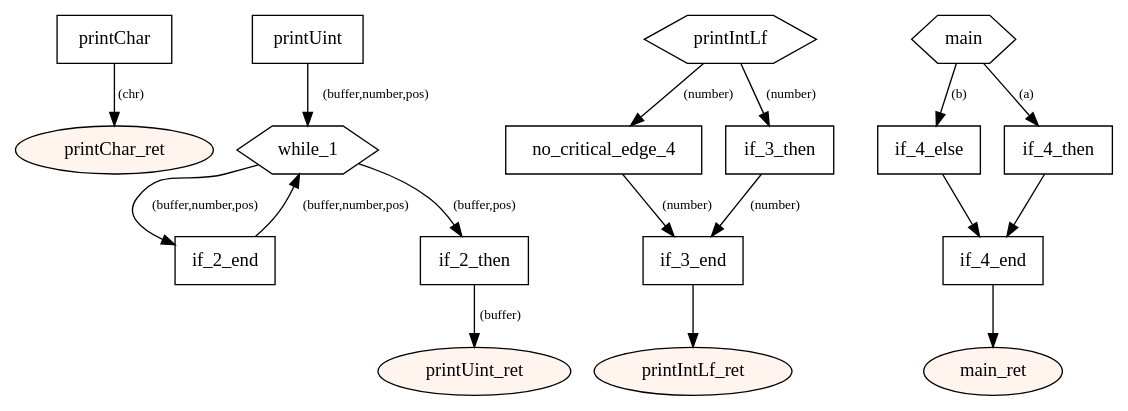
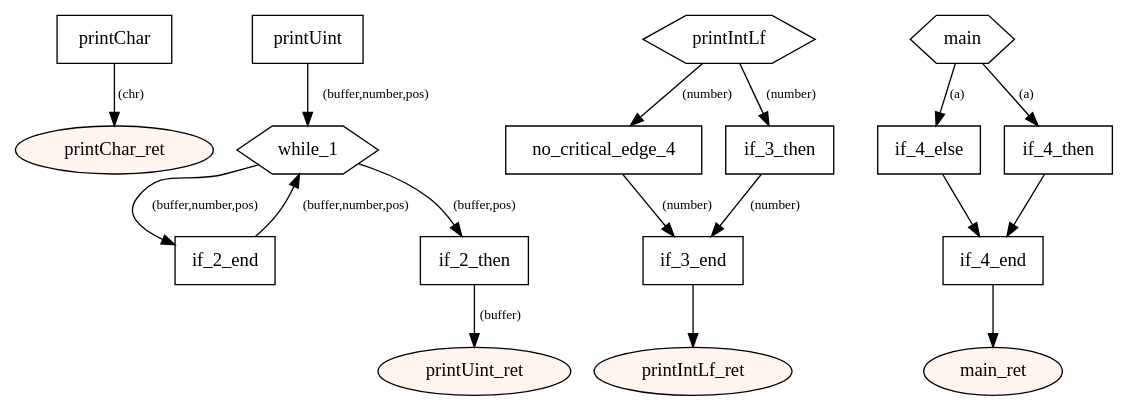
One commit to tmssngr/tinyC changed the diagram in src/main/resources-test/ifelse.dot. Above: the diagram before and after it, drawn with Graphviz. The commit also changed 8 other files, not shown here.

```diff
--- a/src/main/resources-test/ifelse.dot
+++ b/src/main/resources-test/ifelse.dot
@@ -1,44 +1,44 @@
 digraph program {
 	edge[fontsize="10pt"];
 	subgraph fn_printChar {
 		BasicBlock_0_printChar [label="printChar",shape=box];
 		BasicBlock_0_printChar -> BasicBlock_0_printChar_ret [label="(chr)"];
 		BasicBlock_0_printChar_ret [label="printChar_ret",shape=oval,style=filled,fillcolor="#fff5ee"];
 	}
 	subgraph fn_printUint {
 		BasicBlock_1_printUint [label="printUint",shape=box];
 		BasicBlock_1_printUint -> BasicBlock_1_while_1 [label="(buffer,number,pos)"];
 		BasicBlock_1_if_2_end [label="if_2_end",shape=box];
 		BasicBlock_1_if_2_end -> BasicBlock_1_while_1 [label="(buffer,number,pos)"];
 		BasicBlock_1_while_1 [label="while_1",shape=hexagon];
 		BasicBlock_1_while_1 -> BasicBlock_1_if_2_end [label="(buffer,number,pos)"];
 		BasicBlock_1_while_1 -> BasicBlock_1_if_2_then [label="(buffer,pos)"];
 		BasicBlock_1_if_2_then [label="if_2_then",shape=box];
 		BasicBlock_1_if_2_then -> BasicBlock_1_printUint_ret [label="(buffer)"];
 		BasicBlock_1_printUint_ret [label="printUint_ret",shape=oval,style=filled,fillcolor="#fff5ee"];
 	}
 	subgraph fn_printIntLf {
 		BasicBlock_2_printIntLf [label="printIntLf",shape=hexagon];
 		BasicBlock_2_printIntLf -> BasicBlock_2_no_critical_edge_4 [label="(number)"];
 		BasicBlock_2_printIntLf -> BasicBlock_2_if_3_then [label="(number)"];
 		BasicBlock_2_no_critical_edge_4 [label="no_critical_edge_4",shape=box];
 		BasicBlock_2_no_critical_edge_4 -> BasicBlock_2_if_3_end [label="(number)"];
 		BasicBlock_2_if_3_then [label="if_3_then",shape=box];
 		BasicBlock_2_if_3_then -> BasicBlock_2_if_3_end [label="(number)"];
 		BasicBlock_2_if_3_end [label="if_3_end",shape=box];
 		BasicBlock_2_if_3_end -> BasicBlock_2_printIntLf_ret;
 		BasicBlock_2_printIntLf_ret [label="printIntLf_ret",shape=oval,style=filled,fillcolor="#fff5ee"];
 	}
 	subgraph fn_main {
 		BasicBlock_3_main [label="main",shape=hexagon];
-		BasicBlock_3_main -> BasicBlock_3_if_4_else [label="(b)"];
+		BasicBlock_3_main -> BasicBlock_3_if_4_else [label="(a)"];
 		BasicBlock_3_main -> BasicBlock_3_if_4_then [label="(a)"];
 		BasicBlock_3_if_4_else [label="if_4_else",shape=box];
 		BasicBlock_3_if_4_else -> BasicBlock_3_if_4_end;
 		BasicBlock_3_if_4_then [label="if_4_then",shape=box];
 		BasicBlock_3_if_4_then -> BasicBlock_3_if_4_end;
 		BasicBlock_3_if_4_end [label="if_4_end",shape=box];
 		BasicBlock_3_if_4_end -> BasicBlock_3_main_ret;
 		BasicBlock_3_main_ret [label="main_ret",shape=oval,style=filled,fillcolor="#fff5ee"];
 	}
 }
```
